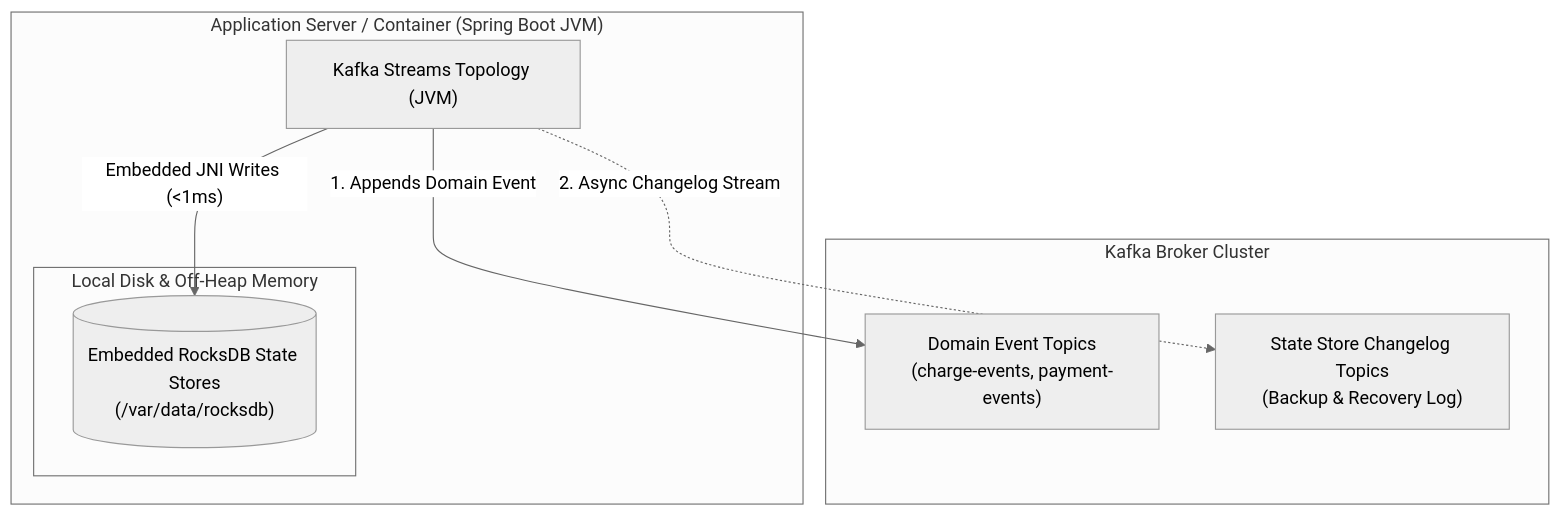
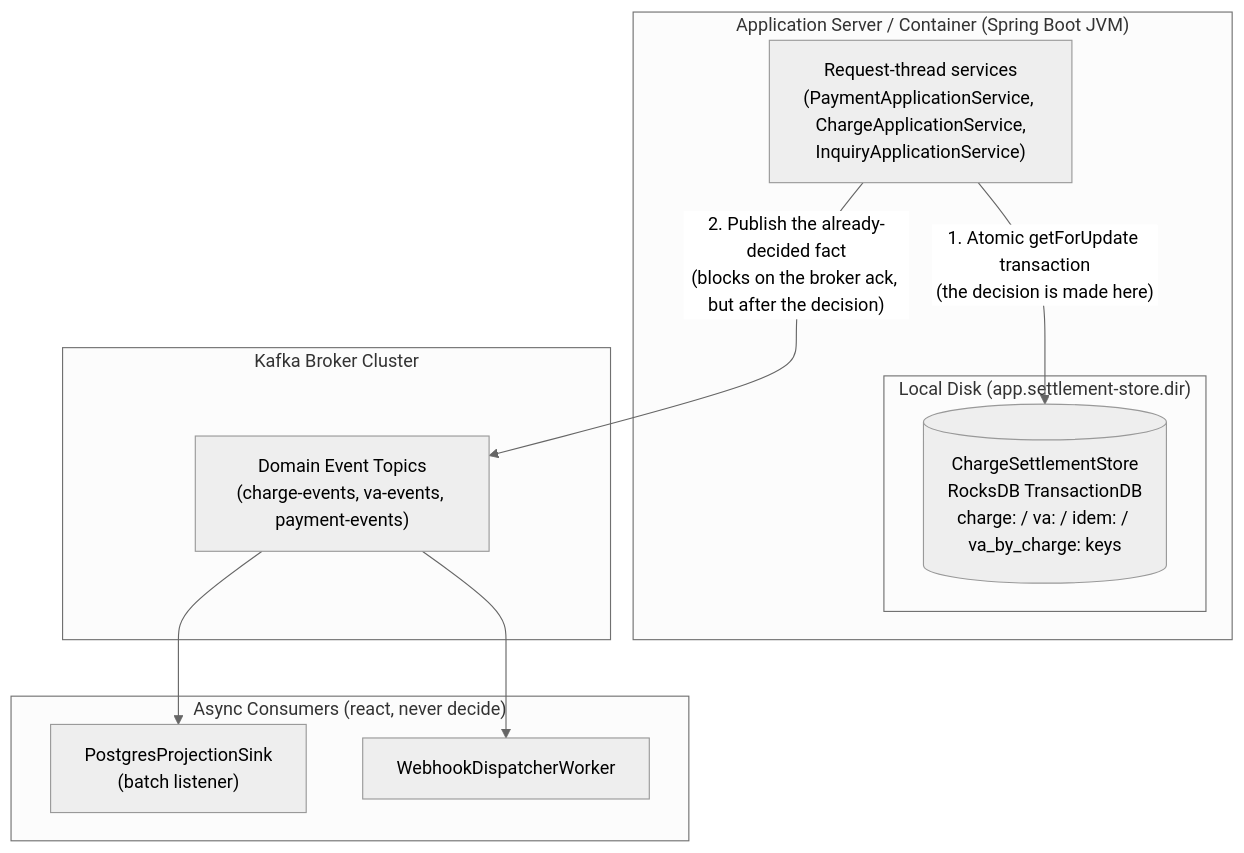
One commit to artivisi/payment-gateway-evtsrc changed the first of 8 diagrams in README.md. Above: the diagram before and after it, drawn with Mermaid (neutral theme). The commit also changed other lines of this file and 5 other files, not shown here.

````diff
--- a/README.md
+++ b/README.md
@@ -96,18 +95,23 @@
 ```mermaid
 flowchart TD
     subgraph App_Server ["Application Server / Container (Spring Boot JVM)"]
-        KSTREAM["Kafka Streams Topology (JVM)"]
-        subgraph Local_Storage ["Local Disk & Off-Heap Memory"]
-            ROCKS[("Embedded RocksDB State Stores<br/>(/var/data/rocksdb)")]
+        SVC["Request-thread services<br/>(PaymentApplicationService, ChargeApplicationService,<br/>InquiryApplicationService)"]
+        subgraph Local_Storage ["Local Disk (app.settlement-store.dir)"]
+            ROCKS[("ChargeSettlementStore<br/>RocksDB TransactionDB<br/>charge: / va: / idem: / va_by_charge: keys")]
         end
-        KSTREAM -->|"Embedded JNI Writes (<1ms)"| ROCKS
+        SVC -->|"1. Atomic getForUpdate transaction<br/>(the decision is made here)"| ROCKS
     end
 
     subgraph Kafka_Cluster ["Kafka Broker Cluster"]
-        TOPICS["Domain Event Topics<br/>(charge-events, payment-events)"]
-        CHANGELOGS["State Store Changelog Topics<br/>(Backup & Recovery Log)"]
+        TOPICS["Domain Event Topics<br/>(charge-events, va-events, payment-events)"]
     end
 
-    KSTREAM -->|1. Appends Domain Event| TOPICS
-    KSTREAM -.->|2. Async Changelog Stream| CHANGELOGS
+    subgraph Consumers ["Async Consumers (react, never decide)"]
+        SINK["PostgresProjectionSink<br/>(batch listener)"]
+        WEBHOOK["WebhookDispatcherWorker"]
+    end
+
+    SVC -->|"2. Publish the already-decided fact<br/>(blocks on the broker ack, but after the decision)"| TOPICS
+    TOPICS --> SINK
+    TOPICS --> WEBHOOK
 ```
````
